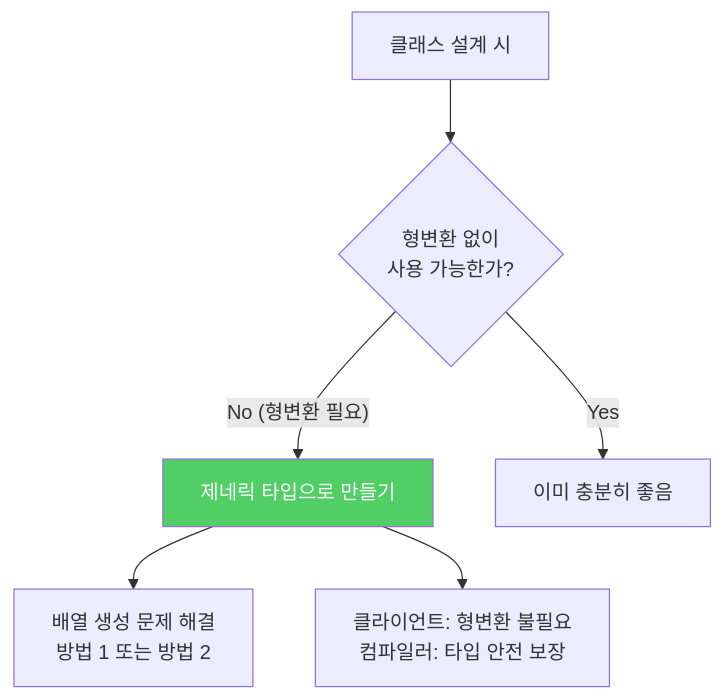
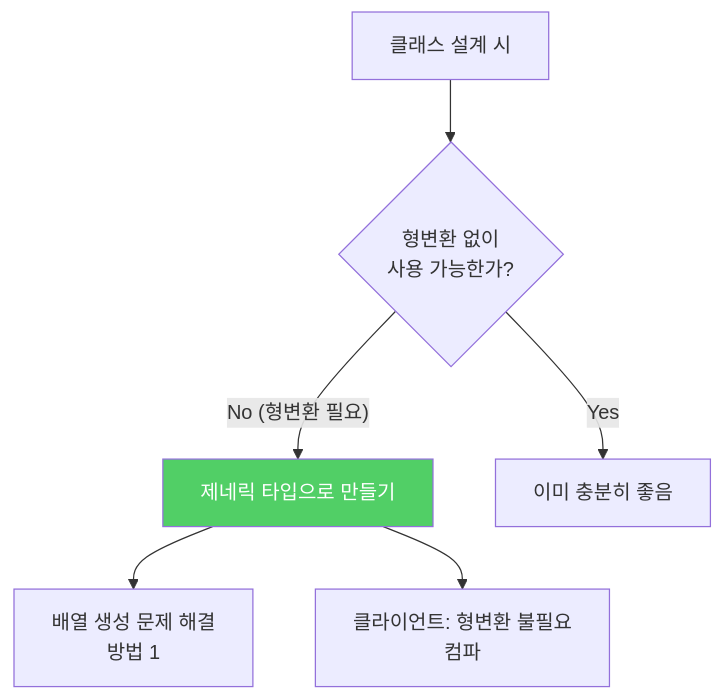
The second of 2 diagrams in _posts/java/2022-01-07-effective-java29.md (yjkim2015/yjkim2015.github.io), drawn with Mermaid before and after one commit. The commit also changed other lines of this file and 271 other files, not shown here.

First line of the commit message:
Mermaid 라벨 축소: 긴 노드 텍스트 18자 이하로 트림 + \n 제거

````diff
--- a/_posts/java/2022-01-07-effective-java29.md
+++ b/_posts/java/2022-01-07-effective-java29.md
@@ -200,9 +200,9 @@
 ```mermaid
 graph TD
     A["클래스 설계 시"] --> B{"형변환 없이\n사용 가능한가?"}
     B -->|"No (형변환 필요)"| C["제네릭 타입으로 만들기"]
     B -->|"Yes"| D["이미 충분히 좋음"]
-    C --> E["배열 생성 문제 해결\n방법 1 또는 방법 2"]
-    C --> F["클라이언트: 형변환 불필요\n컴파일러: 타입 안전 보장"]
+    C --> E["배열 생성 문제 해결\n방법 1"]
+    C --> F["클라이언트: 형변환 불필요\n컴파"]
     style C fill:#51cf66,color:#fff
 ```
````
